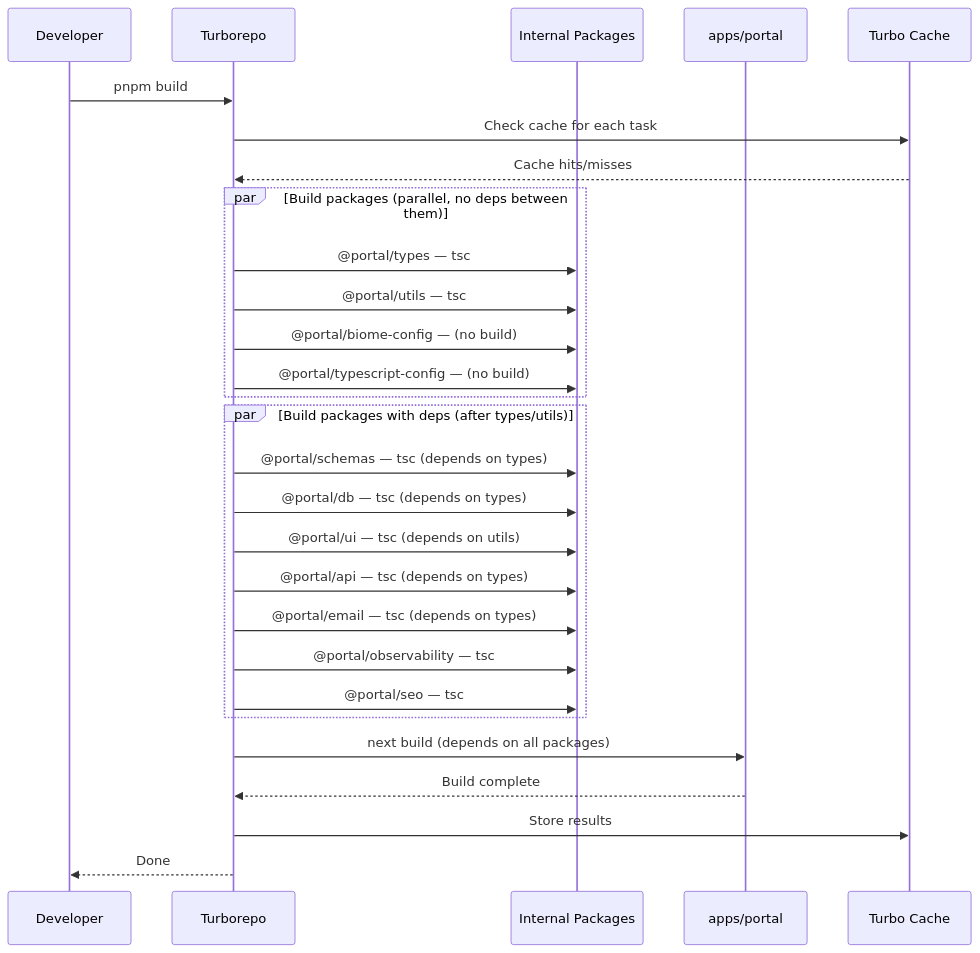
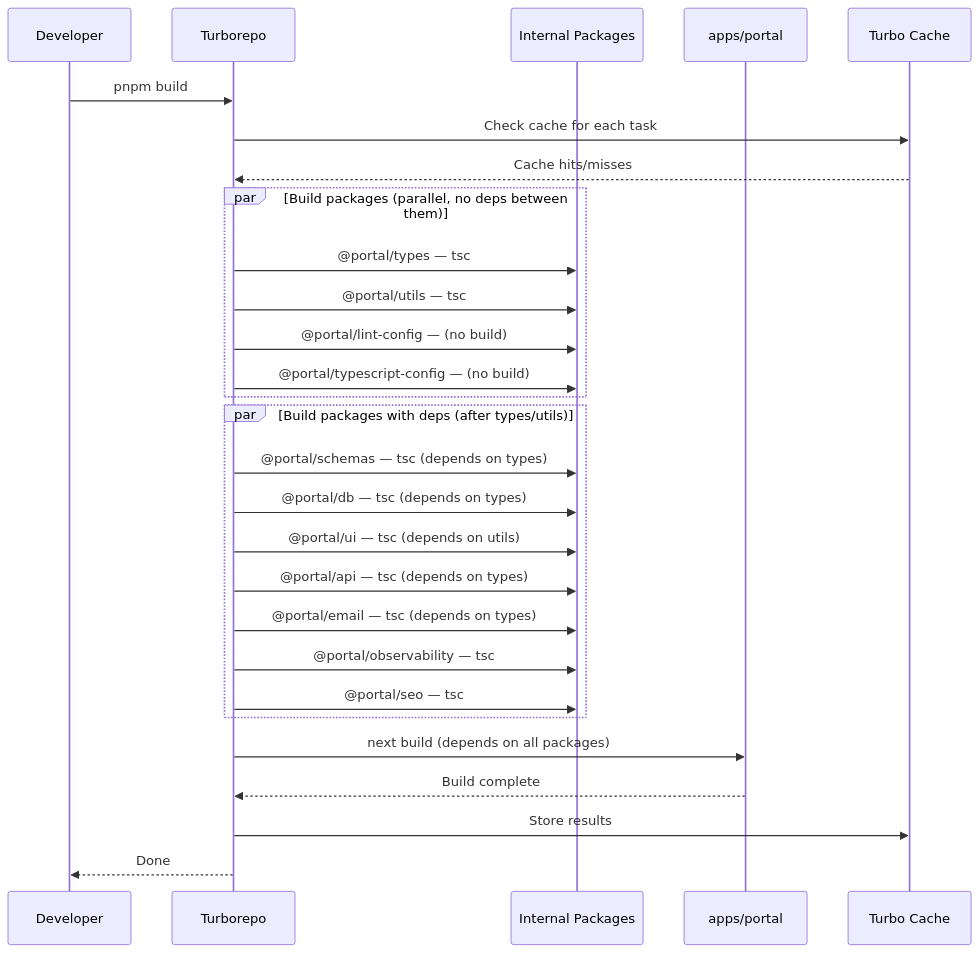
Before and after one commit to allthingslinux/monorepo: the second of 3 diagrams in apps/portal/.kiro/specs/turborepo-migration/design.md, drawn with Mermaid. The commit also changed other lines of this file and 627 other files, not shown here.

````diff
--- a/apps/portal/.kiro/specs/turborepo-migration/design.md
+++ b/apps/portal/.kiro/specs/turborepo-migration/design.md
@@ -64,34 +64,34 @@
 ```mermaid
 sequenceDiagram
     participant Dev as Developer
     participant Turbo as Turborepo
     participant Pkgs as Internal Packages
     participant App as apps/portal
     participant Cache as Turbo Cache
 
     Dev->>Turbo: pnpm build
     Turbo->>Cache: Check cache for each task
     Cache-->>Turbo: Cache hits/misses
 
     par Build packages (parallel, no deps between them)
         Turbo->>Pkgs: @portal/types — tsc
         Turbo->>Pkgs: @portal/utils — tsc
-        Turbo->>Pkgs: @portal/biome-config — (no build)
+        Turbo->>Pkgs: @portal/lint-config — (no build)
         Turbo->>Pkgs: @portal/typescript-config — (no build)
     end
 
     par Build packages with deps (after types/utils)
         Turbo->>Pkgs: @portal/schemas — tsc (depends on types)
         Turbo->>Pkgs: @portal/db — tsc (depends on types)
         Turbo->>Pkgs: @portal/ui — tsc (depends on utils)
         Turbo->>Pkgs: @portal/api — tsc (depends on types)
         Turbo->>Pkgs: @portal/email — tsc (depends on types)
         Turbo->>Pkgs: @portal/observability — tsc
         Turbo->>Pkgs: @portal/seo — tsc
     end
 
     Turbo->>App: next build (depends on all packages)
     App-->>Turbo: Build complete
     Turbo->>Cache: Store results
     Turbo-->>Dev: Done
 ```
````
